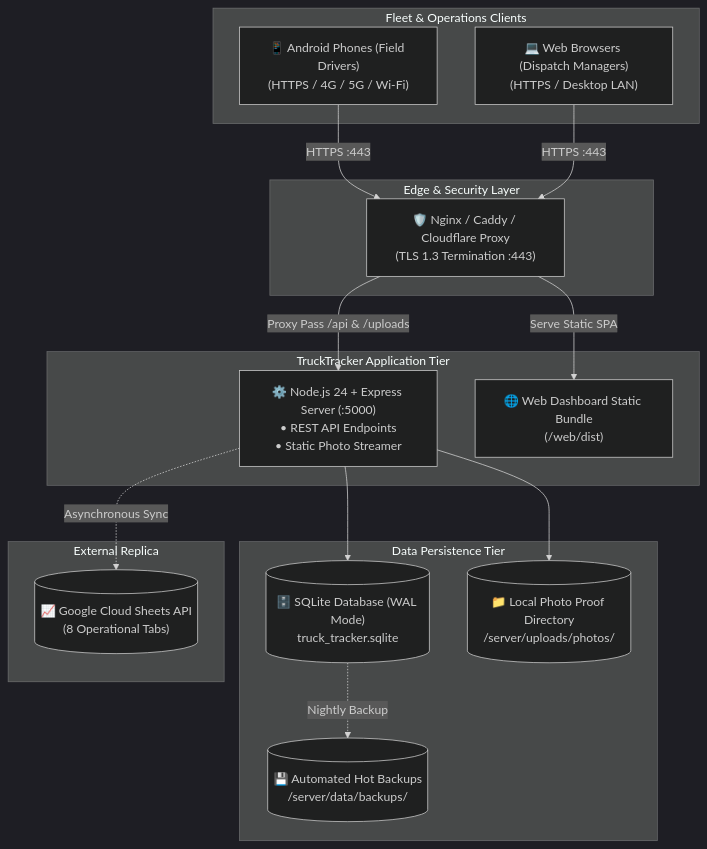
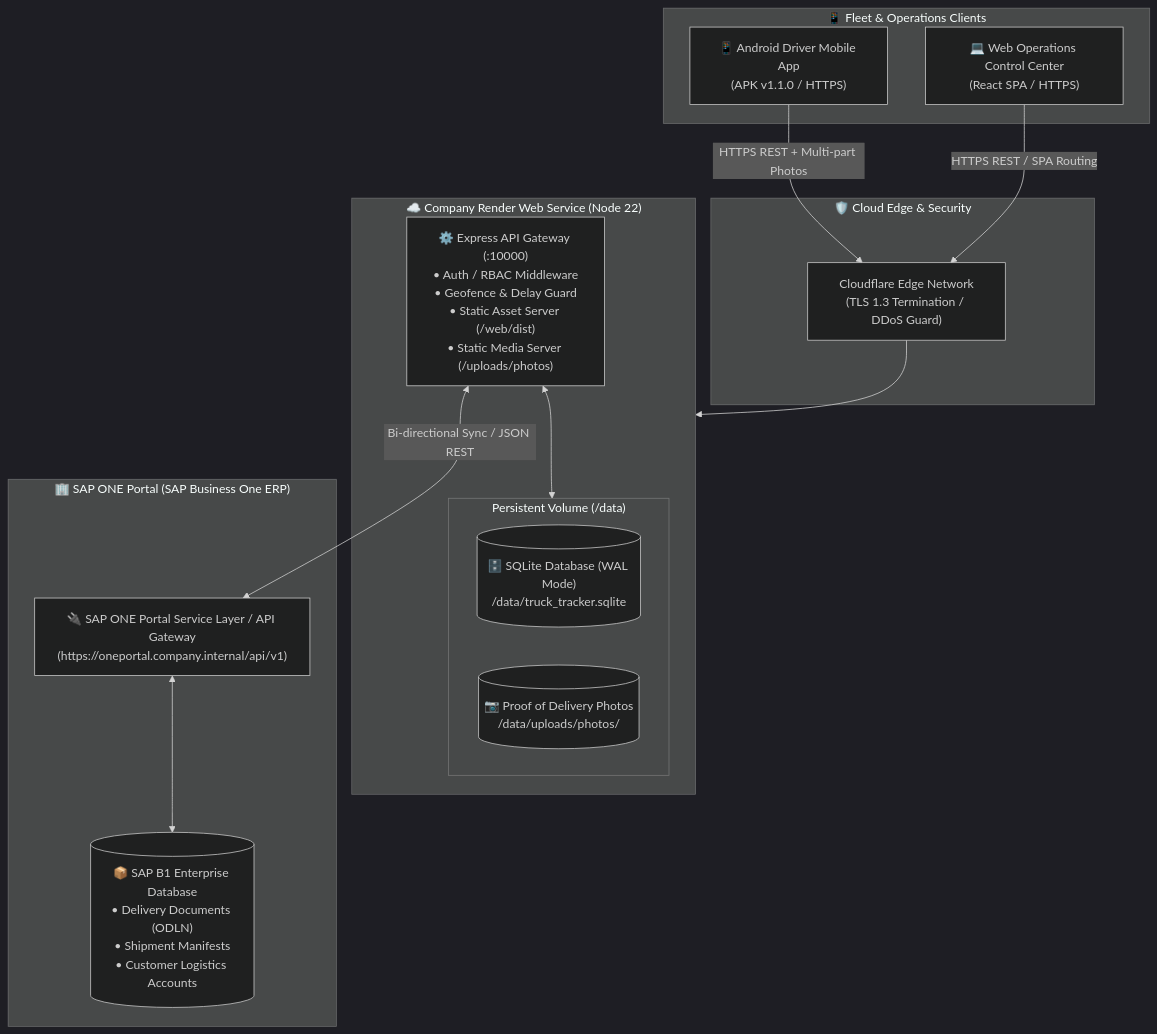
Before and after one commit to Nixxzzzzz/truck_tracker: the diagram in documentation/deployment.md, drawn with Mermaid (dark theme). The commit also changed other lines of this file and 1 other file, not shown here.

Commit message:
docs: add comprehensive SAP ONE Portal integration and master Render deployment guide

````diff
--- a/documentation/deployment.md
+++ b/documentation/deployment.md
@@ -5,37 +9,32 @@
 ```mermaid
-graph TD
-    subgraph Clients["Fleet & Operations Clients"]
-        Drivers["📱 Android Phones (Field Drivers)<br/>(HTTPS / 4G / 5G / Wi-Fi)"]
-        Managers["💻 Web Browsers (Dispatch Managers)<br/>(HTTPS / Desktop LAN)"]
+flowchart TB
+    subgraph Clients["📱 Fleet & Operations Clients"]
+        Drivers["📱 Android Driver Mobile App<br/>(APK v1.1.0 / HTTPS)"]
+        Managers["💻 Web Operations Control Center<br/>(React SPA / HTTPS)"]
     end
 
-    subgraph Edge["Edge & Security Layer"]
-        Proxy["🛡️ Nginx / Caddy / Cloudflare Proxy<br/>(TLS 1.3 Termination :443)"]
+    subgraph Cloudflare["🛡️ Cloud Edge & Security"]
+        CF["Cloudflare Edge Network<br/>(TLS 1.3 Termination / DDoS Guard)"]
     end
 
-    subgraph Application["TruckTracker Application Tier"]
-        ExpressApp["⚙️ Node.js 24 + Express Server (:5000)<br/>• REST API Endpoints<br/>• Static Photo Streamer"]
-        StaticWeb["🌐 Web Dashboard Static Bundle<br/>(/web/dist)"]
+    subgraph Render["☁️ Company Render Web Service (Node 22)"]
+        Express["⚙️ Express API Gateway (:10000)<br/>• Auth / RBAC Middleware<br/>• Geofence & Delay Guard<br/>• Static Asset Server (/web/dist)<br/>• Static Media Server (/uploads/photos)"]
+        
+        subgraph Storage["Persistent Volume (/data)"]
+            DB[("🗄️ SQLite Database (WAL Mode)<br/>/data/truck_tracker.sqlite")]
+            Photos[("📷 Proof of Delivery Photos<br/>/data/uploads/photos/")]
+        end
     end
 
-    subgraph DataTier["Data Persistence Tier"]
-        SQLiteDB[("🗄️ SQLite Database (WAL Mode)<br/>truck_tracker.sqlite")]
-        PhotoDir[("📁 Local Photo Proof Directory<br/>/server/uploads/photos/")]
-        Backups[("💾 Automated Hot Backups<br/>/server/data/backups/")]
+    subgraph ERP["🏢 SAP ONE Portal (SAP Business One ERP)"]
+        SAPGateway["🔌 SAP ONE Portal Service Layer / API Gateway<br/>(https://oneportal.company.internal/api/v1)"]
+        SAPLedger[("📦 SAP B1 Enterprise Database<br/>• Delivery Documents (ODLN)<br/>• Shipment Manifests<br/>• Customer Logistics Accounts")]
     end
 
-    subgraph Cloud["External Replica"]
-        GSheets[("📈 Google Cloud Sheets API<br/>(8 Operational Tabs)")]
-    end
-
-    Drivers -->|HTTPS :443| Proxy
-    Managers -->|HTTPS :443| Proxy
-
-    Proxy -->|Proxy Pass /api & /uploads| ExpressApp
-    Proxy -->|Serve Static SPA| StaticWeb
-
-    ExpressApp --> SQLiteDB
-    ExpressApp --> PhotoDir
-    ExpressApp -.->|Asynchronous Sync| GSheets
-    SQLiteDB -.->|Nightly Backup| Backups
+    Drivers -->|HTTPS REST + Multi-part Photos| CF
+    Managers -->|HTTPS REST / SPA Routing| CF
+    CF --> Render
+    Express <--> Storage
+    Express <-->|Bi-directional Sync / JSON REST| SAPGateway
+    SAPGateway <--> SAPLedger
 ```
````
